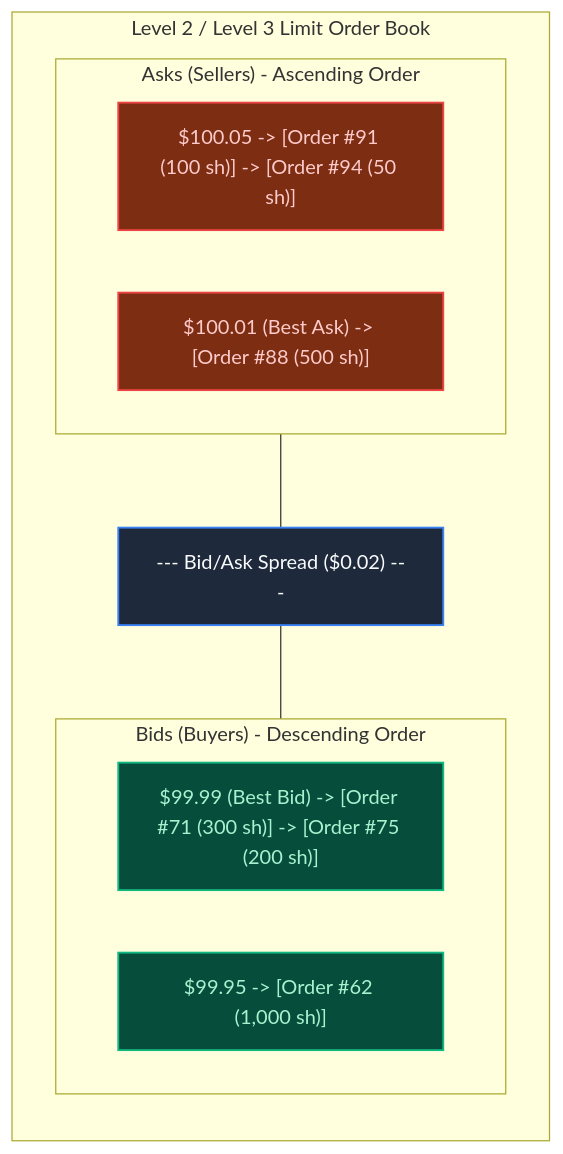
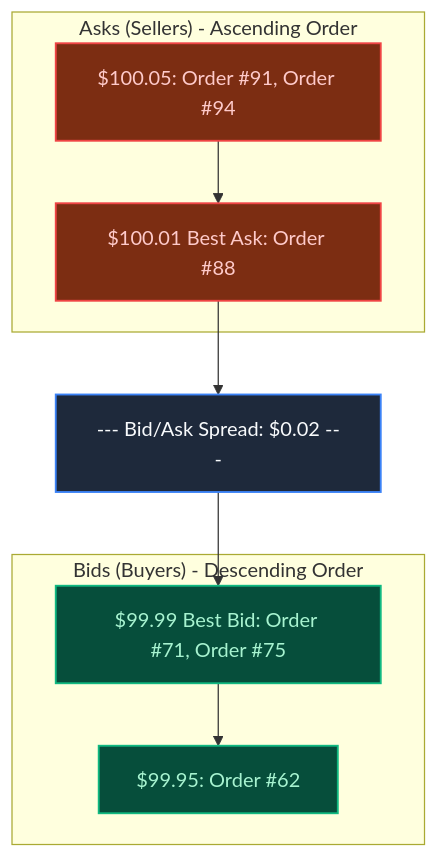
One commit to Priyeshnd555/systems-beyond-the-code changed the second of 3 diagrams in book/part-06-extreme-constraints/chapter-34-trading-matching-engines.md. Above: the diagram before and after it, drawn with Mermaid. The commit also changed other lines of this file and 33 other files, not shown here.

Commit message:
feat: add dynamic mermaid diagram sanitization and update chart syntax across book chapters

````diff
--- a/book/part-06-extreme-constraints/chapter-34-trading-matching-engines.md
+++ b/book/part-06-extreme-constraints/chapter-34-trading-matching-engines.md
@@ -43,22 +43,25 @@
 ```mermaid
-flowchart LR
-    subgraph OrderBook ["Level 2 / Level 3 Limit Order Book"]
-        direction TB
-        subgraph Asks ["Asks (Sellers) - Ascending Order"]
-            A1["$100.05 -> [Order #91 (100 sh)] -> [Order #94 (50 sh)]"]
-            A0["$100.01 (Best Ask) -> [Order #88 (500 sh)]"]
-        end
-        Spread["--- Bid/Ask Spread ($0.02) ---"]
-        subgraph Bids ["Bids (Buyers) - Descending Order"]
-            B0["$99.99 (Best Bid) -> [Order #71 (300 sh)] -> [Order #75 (200 sh)]"]
-            B1["$99.95 -> [Order #62 (1,000 sh)]"]
-        end
-        Asks --- Spread --- Bids
+flowchart TD
+    subgraph Asks ["Asks (Sellers) - Ascending Order"]
+        A1["$100.05: Order #91, Order #94"]
+        A0["$100.01 Best Ask: Order #88"]
+        A1 --> A0
     end
+
+    Spread["--- Bid/Ask Spread: $0.02 ---"]
+
+    subgraph Bids ["Bids (Buyers) - Descending Order"]
+        B0["$99.99 Best Bid: Order #71, Order #75"]
+        B1["$99.95: Order #62"]
+        B0 --> B1
+    end
+
+    A0 --> Spread
+    Spread --> B0
 
     classDef default fill:#1e293b,stroke:#3b82f6,stroke-width:1.5px,color:#f8fafc;
     classDef ask fill:#7c2d12,stroke:#ef4444,stroke-width:1.5px,color:#fecaca;
     classDef bid fill:#064e3b,stroke:#10b981,stroke-width:1.5px,color:#a7f3d0;
     class A1,A0 ask;
     class B0,B1 bid;
 ```
````
